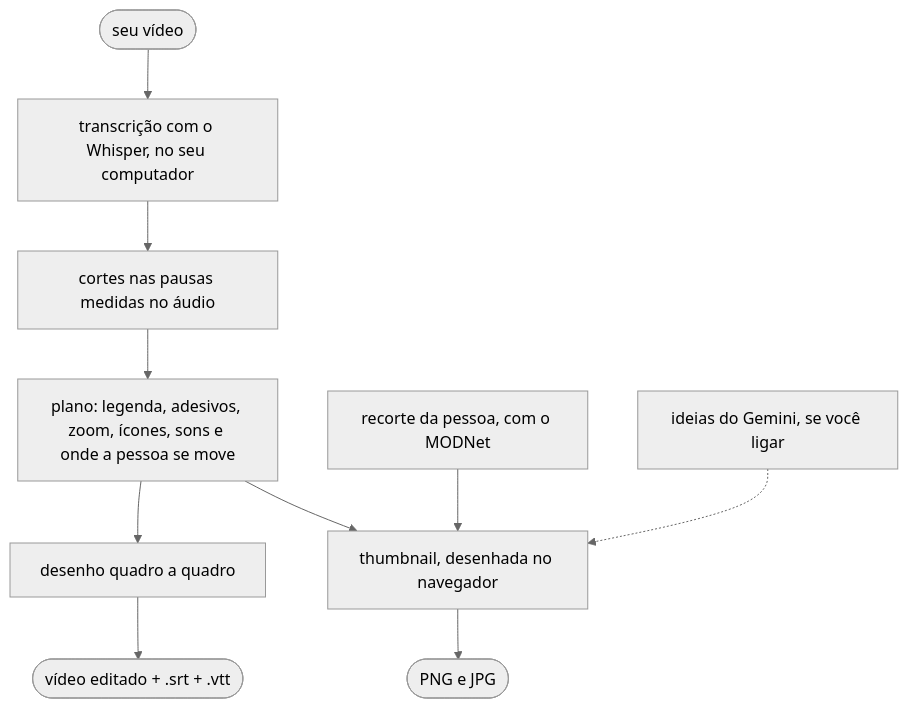
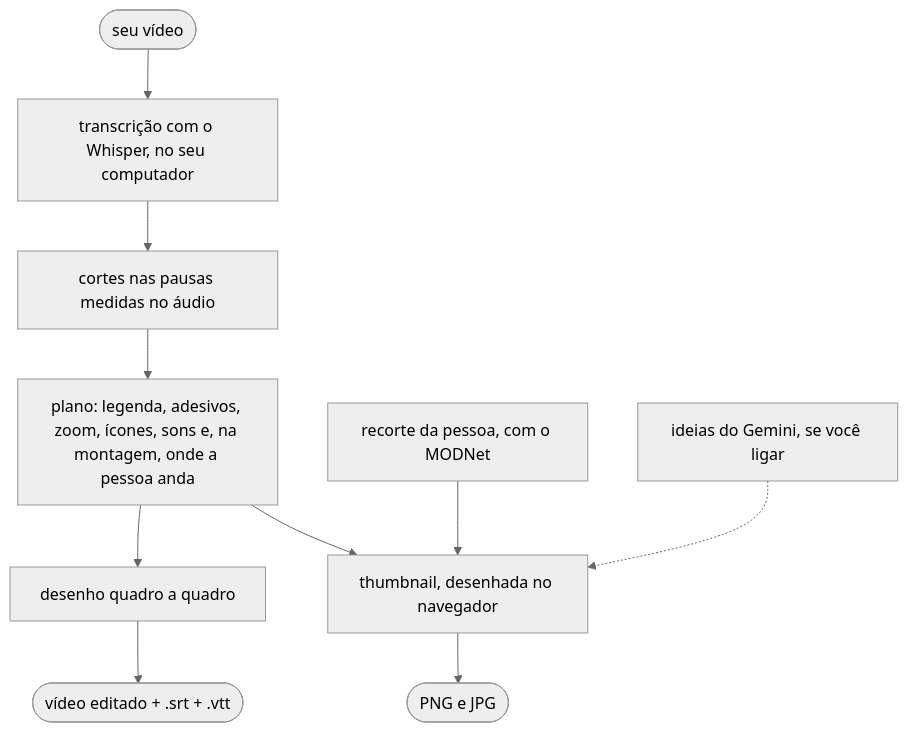
One commit to lucasteles1231/editor-de-video changed the diagram in README.md. Above: the diagram before and after it, drawn with Mermaid (neutral theme). The commit also changed other lines of this file and 44 other files, not shown here.

First line of the commit message:
Montagem em camadas: um fundo e, por cima, a pessoa ou um personagem

````diff
--- a/README.md
+++ b/README.md
@@ -411,12 +449,12 @@
 ```mermaid
 flowchart TD
     V([seu vídeo]) --> W[transcrição com o Whisper, no seu computador]
     W --> C[cortes nas pausas medidas no áudio]
-    C --> P[plano: legenda, adesivos, zoom, ícones, sons e onde a pessoa se move]
+    C --> P[plano: legenda, adesivos, zoom, ícones, sons e, na montagem, onde a pessoa anda]
     P --> D[desenho quadro a quadro]
     P --> T[thumbnail, desenhada no navegador]
     R[recorte da pessoa, com o MODNet] --> T
     G[ideias do Gemini, se você ligar] -.-> T
     D --> S([vídeo editado + .srt + .vtt])
     T --> I([PNG e JPG])
 ```
````
